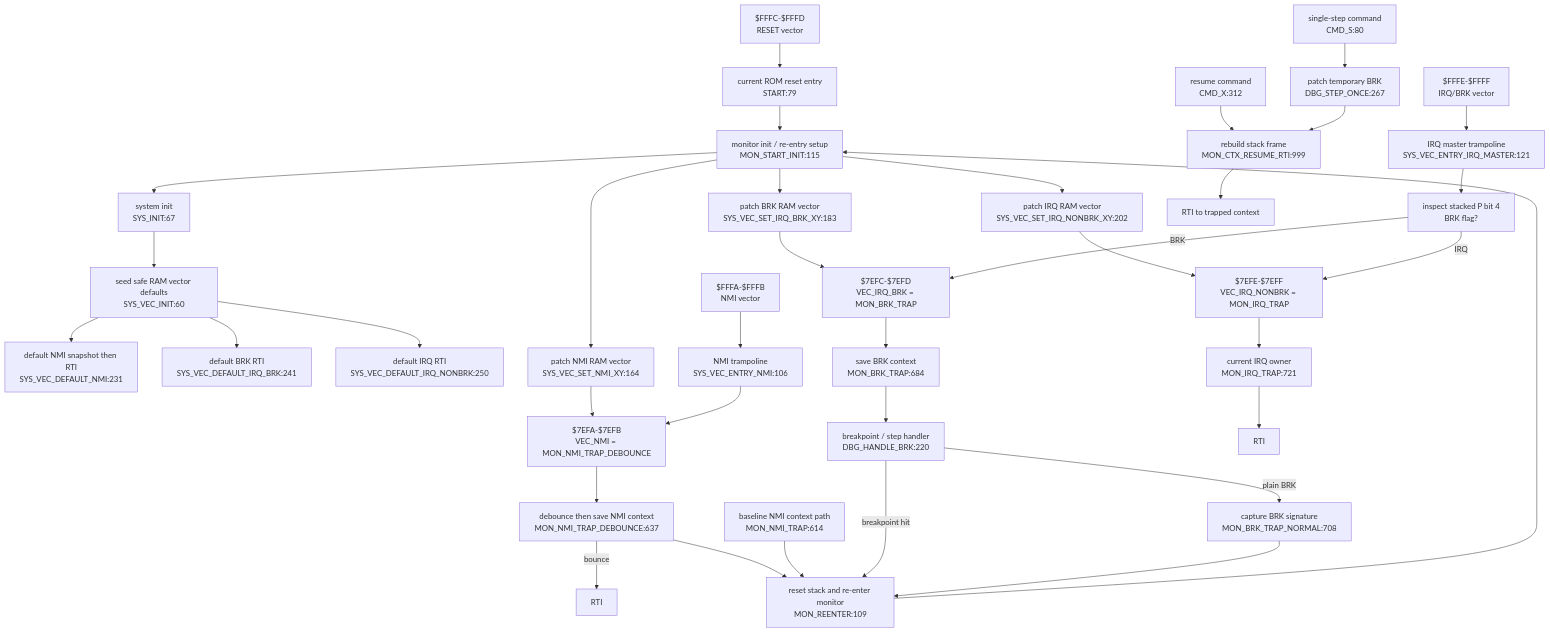
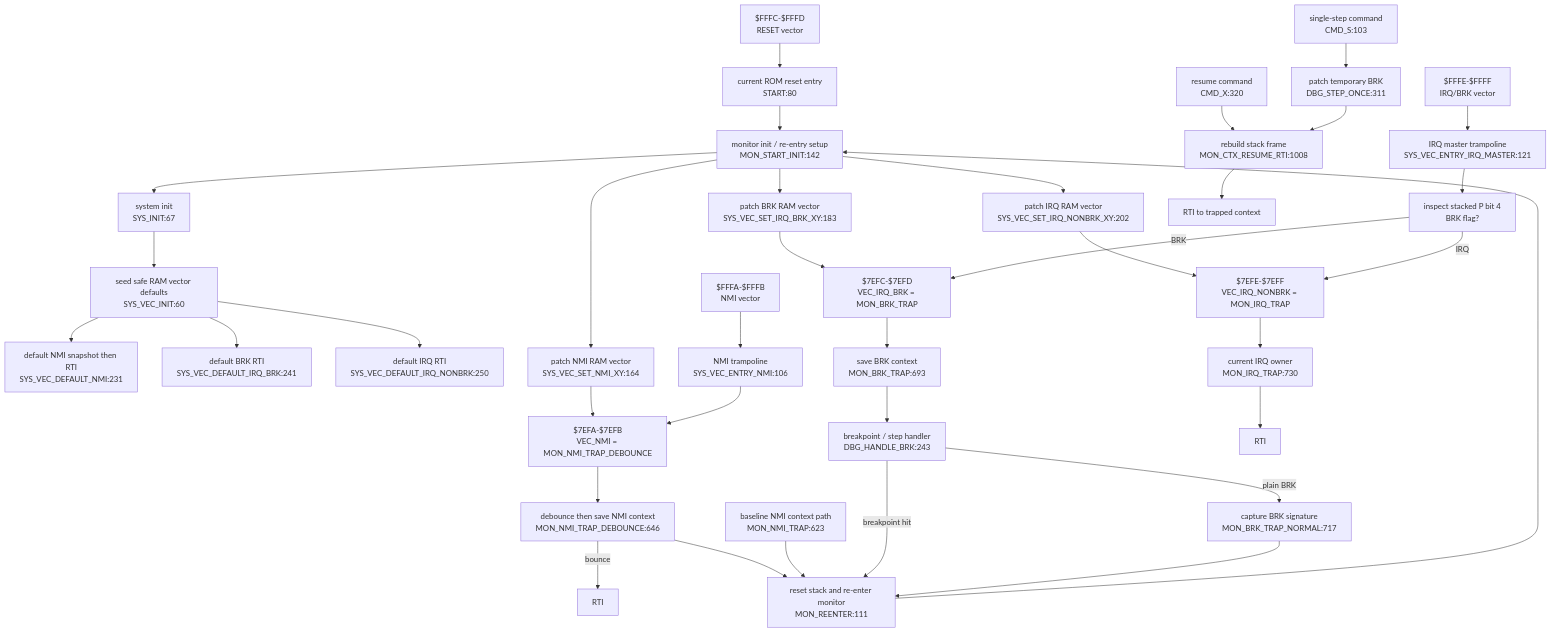
Before and after one commit to 95westus/R-YORS: the diagram in DOC/GENERATED/INTERRUPT_VECTOR_MAP.md, drawn with Mermaid. The commit also changed other lines of this file and 79 other files, not shown here.

````diff
--- a/DOC/GENERATED/INTERRUPT_VECTOR_MAP.md
+++ b/DOC/GENERATED/INTERRUPT_VECTOR_MAP.md
@@ -25,42 +25,42 @@
 ```mermaid
 flowchart TD
-    RESETV["$FFFC-$FFFD<br/>RESET vector"] --> STARTN["current ROM reset entry<br/>START:79"]
-    STARTN --> INIT["monitor init / re-entry setup<br/>MON_START_INIT:115"]
+    RESETV["$FFFC-$FFFD<br/>RESET vector"] --> STARTN["current ROM reset entry<br/>START:80"]
+    STARTN --> INIT["monitor init / re-entry setup<br/>MON_START_INIT:142"]
     INIT --> SYSINIT["system init<br/>SYS_INIT:67"]
     SYSINIT --> VECINIT["seed safe RAM vector defaults<br/>SYS_VEC_INIT:60"]
     VECINIT --> DEFNMI["default NMI snapshot then RTI<br/>SYS_VEC_DEFAULT_NMI:231"]
     VECINIT --> DEFBRK["default BRK RTI<br/>SYS_VEC_DEFAULT_IRQ_BRK:241"]
     VECINIT --> DEFIRQ["default IRQ RTI<br/>SYS_VEC_DEFAULT_IRQ_NONBRK:250"]
 
     INIT --> SETNMI["patch NMI RAM vector<br/>SYS_VEC_SET_NMI_XY:164"]
     INIT --> SETBRK["patch BRK RAM vector<br/>SYS_VEC_SET_IRQ_BRK_XY:183"]
     INIT --> SETIRQ["patch IRQ RAM vector<br/>SYS_VEC_SET_IRQ_NONBRK_XY:202"]
     SETNMI --> VECNMI["$7EFA-$7EFB<br/>VEC_NMI = MON_NMI_TRAP_DEBOUNCE"]
     SETBRK --> VECBRK["$7EFC-$7EFD<br/>VEC_IRQ_BRK = MON_BRK_TRAP"]
     SETIRQ --> VECIRQ["$7EFE-$7EFF<br/>VEC_IRQ_NONBRK = MON_IRQ_TRAP"]
 
     NMIV["$FFFA-$FFFB<br/>NMI vector"] --> NMIENTRY["NMI trampoline<br/>SYS_VEC_ENTRY_NMI:106"]
     NMIENTRY --> VECNMI
-    VECNMI --> NMITRAP["debounce then save NMI context<br/>MON_NMI_TRAP_DEBOUNCE:637"]
+    VECNMI --> NMITRAP["debounce then save NMI context<br/>MON_NMI_TRAP_DEBOUNCE:646"]
     NMITRAP -->|bounce| RTINMI["RTI"]
-    NMITRAP --> REENTER["reset stack and re-enter monitor<br/>MON_REENTER:109"]
-    NMIBASE["baseline NMI context path<br/>MON_NMI_TRAP:614"] --> REENTER
+    NMITRAP --> REENTER["reset stack and re-enter monitor<br/>MON_REENTER:111"]
+    NMIBASE["baseline NMI context path<br/>MON_NMI_TRAP:623"] --> REENTER
     REENTER --> INIT
 
     IRQV["$FFFE-$FFFF<br/>IRQ/BRK vector"] --> IRQMASTER["IRQ master trampoline<br/>SYS_VEC_ENTRY_IRQ_MASTER:121"]
     IRQMASTER --> SPLIT["inspect stacked P bit 4<br/>BRK flag?"]
     SPLIT -->|BRK| VECBRK
     SPLIT -->|IRQ| VECIRQ
-    VECBRK --> BRKTRAP["save BRK context<br/>MON_BRK_TRAP:684"]
-    BRKTRAP --> DBGBRK["breakpoint / step handler<br/>DBG_HANDLE_BRK:220"]
+    VECBRK --> BRKTRAP["save BRK context<br/>MON_BRK_TRAP:693"]
+    BRKTRAP --> DBGBRK["breakpoint / step handler<br/>DBG_HANDLE_BRK:243"]
     DBGBRK -->|breakpoint hit| REENTER
-    DBGBRK -->|plain BRK| BRKNORMAL["capture BRK signature<br/>MON_BRK_TRAP_NORMAL:708"]
+    DBGBRK -->|plain BRK| BRKNORMAL["capture BRK signature<br/>MON_BRK_TRAP_NORMAL:717"]
     BRKNORMAL --> REENTER
-    VECIRQ --> IRQTRAP["current IRQ owner<br/>MON_IRQ_TRAP:721"]
+    VECIRQ --> IRQTRAP["current IRQ owner<br/>MON_IRQ_TRAP:730"]
     IRQTRAP --> RTIIRQ["RTI"]
 
-    CMDX["resume command<br/>CMD_X:312"] --> RESUME["rebuild stack frame<br/>MON_CTX_RESUME_RTI:999"]
-    CMDS["single-step command<br/>CMD_S:80"] --> STEP["patch temporary BRK<br/>DBG_STEP_ONCE:267"]
+    CMDX["resume command<br/>CMD_X:320"] --> RESUME["rebuild stack frame<br/>MON_CTX_RESUME_RTI:1008"]
+    CMDS["single-step command<br/>CMD_S:103"] --> STEP["patch temporary BRK<br/>DBG_STEP_ONCE:311"]
     STEP --> RESUME
     RESUME --> RTIRES["RTI to trapped context"]
 ```
````
